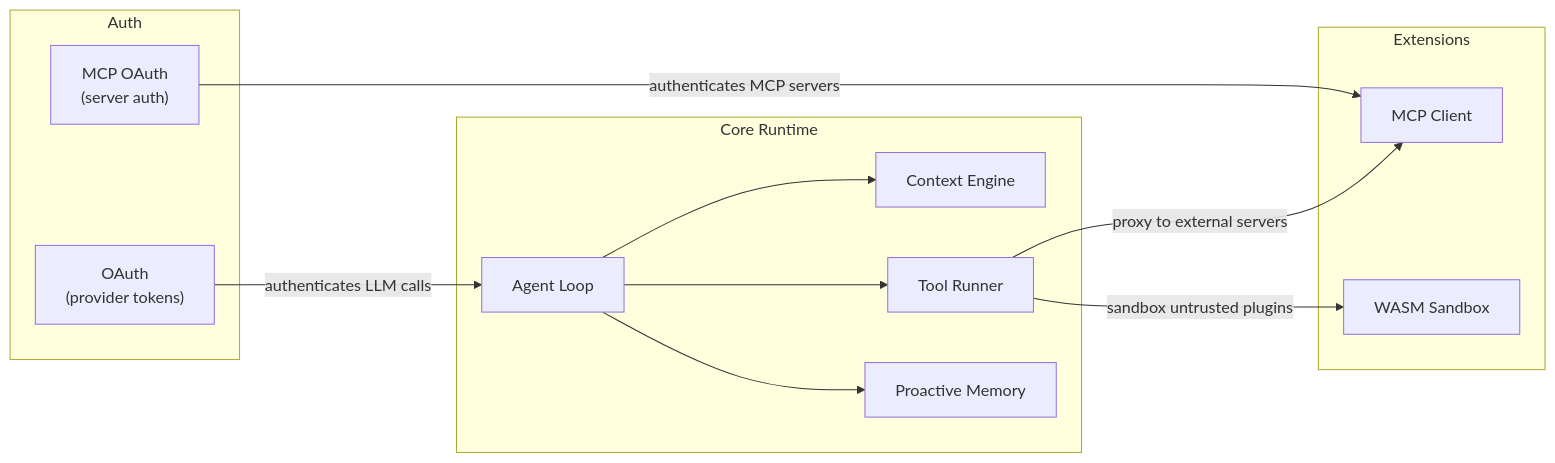
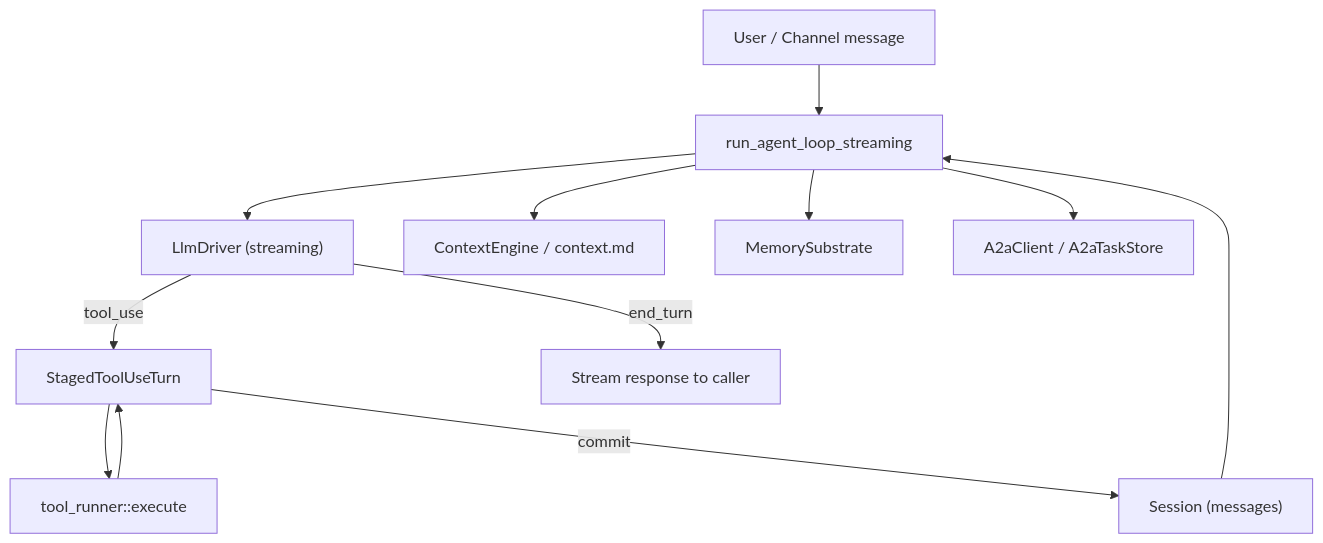
The diagram in agent-runtime.md (leszek3737/librefang-WIki), drawn with Mermaid before and after one commit. The commit also changed other lines of this file and 100 other files, not shown here.

````diff
--- a/agent-runtime.md
+++ b/agent-runtime.md
@@ -18,27 +9,14 @@
 ```mermaid
-flowchart LR
-    subgraph Auth
-        OAuth["OAuth<br/>(provider tokens)"]
-        MCPOAuth["MCP OAuth<br/>(server auth)"]
-    end
-
-    subgraph Core["Core Runtime"]
-        Loop["Agent Loop"]
-        CTX["Context Engine"]
-        Tools["Tool Runner"]
-        Mem["Proactive Memory"]
-    end
-
-    subgraph Extensions
-        MCP["MCP Client"]
-        WASM["WASM Sandbox"]
-    end
-
-    OAuth -->|"authenticates LLM calls"| Loop
-    MCPOAuth -->|"authenticates MCP servers"| MCP
-    Loop --> CTX
-    Loop --> Tools
-    Loop --> Mem
-    Tools -->|"proxy to external servers"| MCP
-    Tools -->|"sandbox untrusted plugins"| WASM
+graph TD
+    User["User / Channel message"] --> Loop["run_agent_loop_streaming"]
+    Loop --> LLM["LlmDriver (streaming)"]
+    LLM -->|tool_use| Staged["StagedToolUseTurn"]
+    LLM -->|end_turn| Response["Stream response to caller"]
+    Staged --> Execute["tool_runner::execute"]
+    Execute --> Staged
+    Staged -->|commit| Session["Session (messages)"]
+    Session --> Loop
+    Loop --> Context["ContextEngine / context.md"]
+    Loop --> Memory["MemorySubstrate"]
+    Loop --> A2A["A2aClient / A2aTaskStore"]
 ```
````
